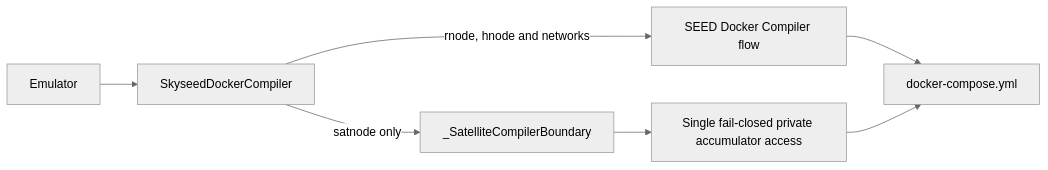
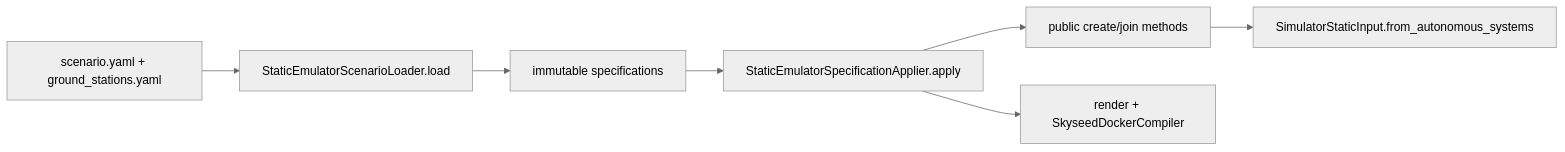
One commit to seed-labs/skyseed changed the fifth of 7 diagrams in skyseed_v2/docs/architecture/diagrams.md. Above: the diagram before and after it, drawn with Mermaid (neutral theme). The commit also changed other lines of this file and 22 other files, not shown here.

Commit message:
Synchronize package architecture records

````diff
--- a/skyseed_v2/docs/architecture/diagrams.md
+++ b/skyseed_v2/docs/architecture/diagrams.md
@@ -277,9 +103,10 @@
 ```mermaid
 flowchart LR
-    Emulator --> Compiler[SkyseedDockerCompiler]
-    Compiler -->|satnode only| SatelliteBoundary[_SatelliteCompilerBoundary]
-    Compiler -->|rnode, hnode and networks| Upstream[SEED Docker Compiler flow]
-    SatelliteBoundary --> Accumulator[Single fail-closed private accumulator access]
-    Upstream --> Compose[docker-compose.yml]
-    Accumulator --> Compose
+    YAML[scenario.yaml + ground_stations.yaml]
+    YAML --> L[StaticEmulatorScenarioLoader.load]
+    L --> SPEC[immutable specifications]
+    SPEC --> APP[StaticEmulatorSpecificationApplier.apply]
+    APP --> CREATE[public create/join methods]
+    CREATE --> INPUT[SimulatorStaticInput.from_autonomous_systems]
+    APP --> COMP[render + SkyseedDockerCompiler]
 ```
````
